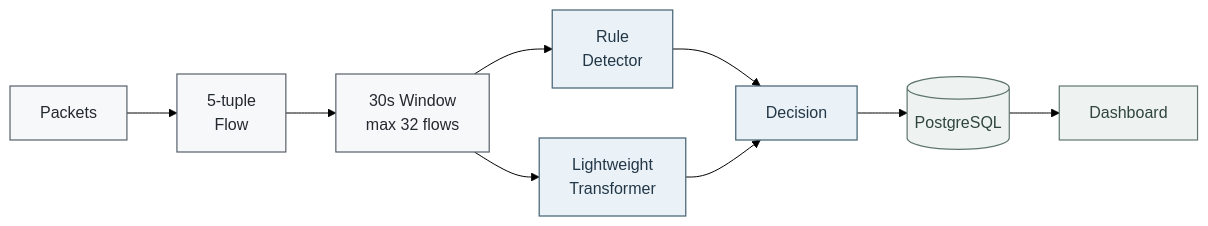
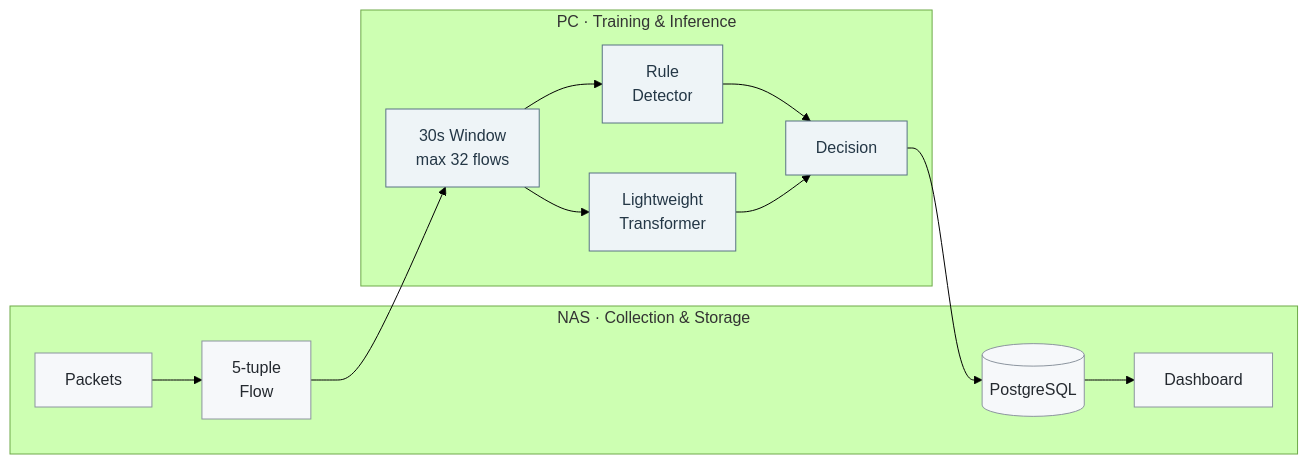
The second of 2 diagrams in README.md (prosild/prosild), drawn with Mermaid (forest theme) before and after one commit. The commit also changed other lines of this file, not shown here.

````diff
--- a/README.md
+++ b/README.md
@@ -104,22 +106,30 @@
 ```mermaid
 flowchart LR
-    A["Packets"] --> B["5-tuple<br/>Flow"]
-    B --> C["30s Window<br/>max 32 flows"]
+    subgraph NAS["NAS · Collection & Storage"]
+        A["Packets"] --> B["5-tuple<br/>Flow"]
+        G[("PostgreSQL")]
+        H["Dashboard"]
+        G --> H
+    end
 
-    C --> D["Rule<br/>Detector"]
-    C --> E["Lightweight<br/>Transformer"]
+    subgraph PC["PC · Training & Inference"]
+        C["30s Window<br/>max 32 flows"]
+        D["Rule<br/>Detector"]
+        E["Lightweight<br/>Transformer"]
+        F["Decision"]
 
-    D --> F["Decision"]
-    E --> F
+        C --> D
+        C --> E
+        D --> F
+        E --> F
+    end
 
-    F --> G[("PostgreSQL")]
-    G --> H["Dashboard"]
+    B --> C
+    F --> G
 
-    classDef input fill:#F6F8FA,stroke:#57606A,color:#24292F,stroke-width:1.2px;
-    classDef detect fill:#EAF2F8,stroke:#4F6B7A,color:#233746,stroke-width:1.3px;
-    classDef output fill:#EEF3F1,stroke:#60766D,color:#2F453D,stroke-width:1.2px;
+    classDef nas fill:#f6f8fa,stroke:#8c959f,color:#24292f;
+    classDef ml fill:#eef4f7,stroke:#587384,color:#243746;
 
-    class A,B,C input;
-    class D,E,F detect;
-    class G,H output;
+    class A,B,G,H nas;
+    class C,D,E,F ml;
 ```
````
